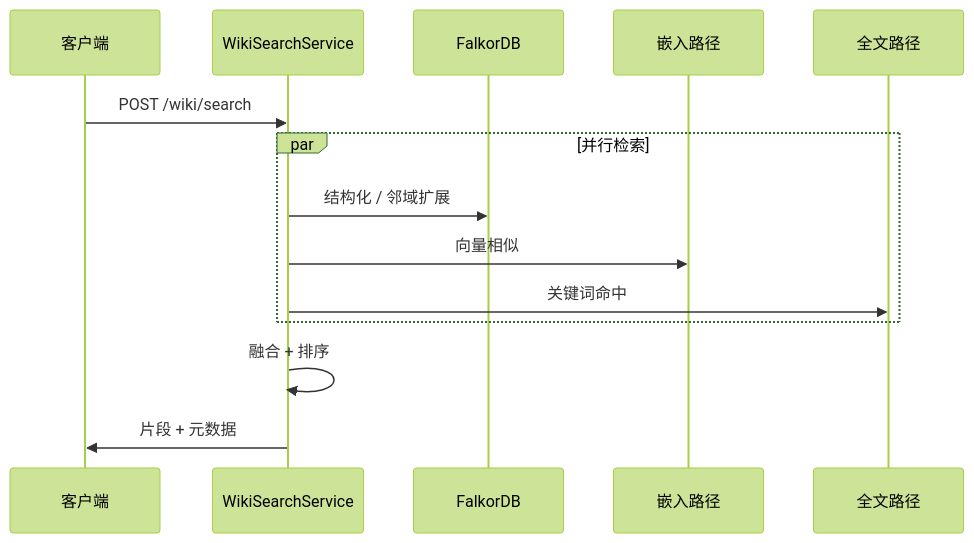
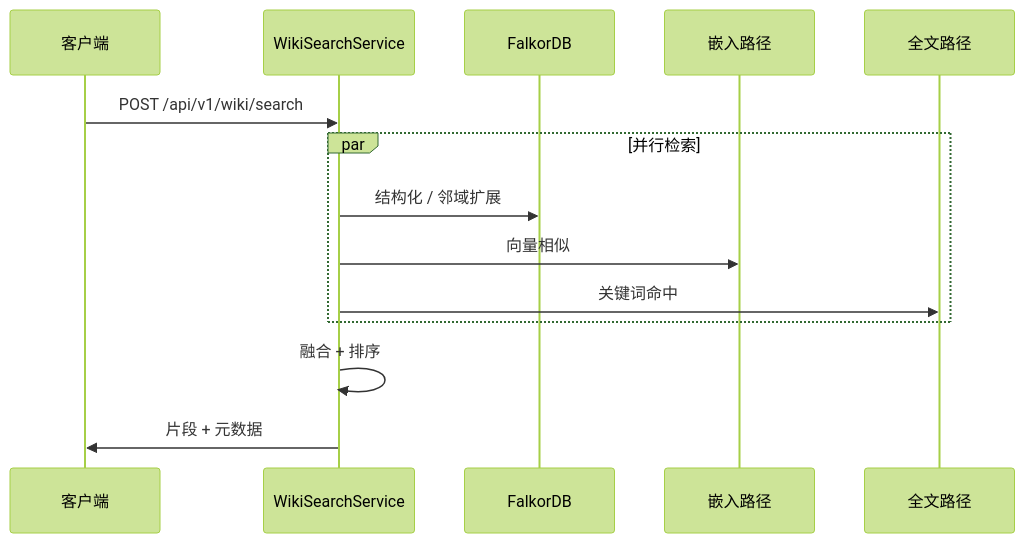
One commit to EarthChen/knowledge-base-service changed the third of 3 diagrams in docs/wiki-generation-architecture.md. Above: the diagram before and after it, drawn with Mermaid (forest theme). The commit also changed other lines of this file and 6 other files, not shown here.

````diff
--- a/docs/wiki-generation-architecture.md
+++ b/docs/wiki-generation-architecture.md
@@ -100,17 +101,17 @@
 ```mermaid
 sequenceDiagram
   participant C as 客户端
   participant S as WikiSearchService
   participant G as FalkorDB
   participant Vec as 嵌入路径
   participant FTS as 全文路径
 
-  C->>S: POST /wiki/search
+  C->>S: POST /api/v1/wiki/search
   par 并行检索
     S->>G: 结构化 / 邻域扩展
     S->>Vec: 向量相似
     S->>FTS: 关键词命中
   end
   S->>S: 融合 + 排序
   S->>C: 片段 + 元数据
 ```
````
